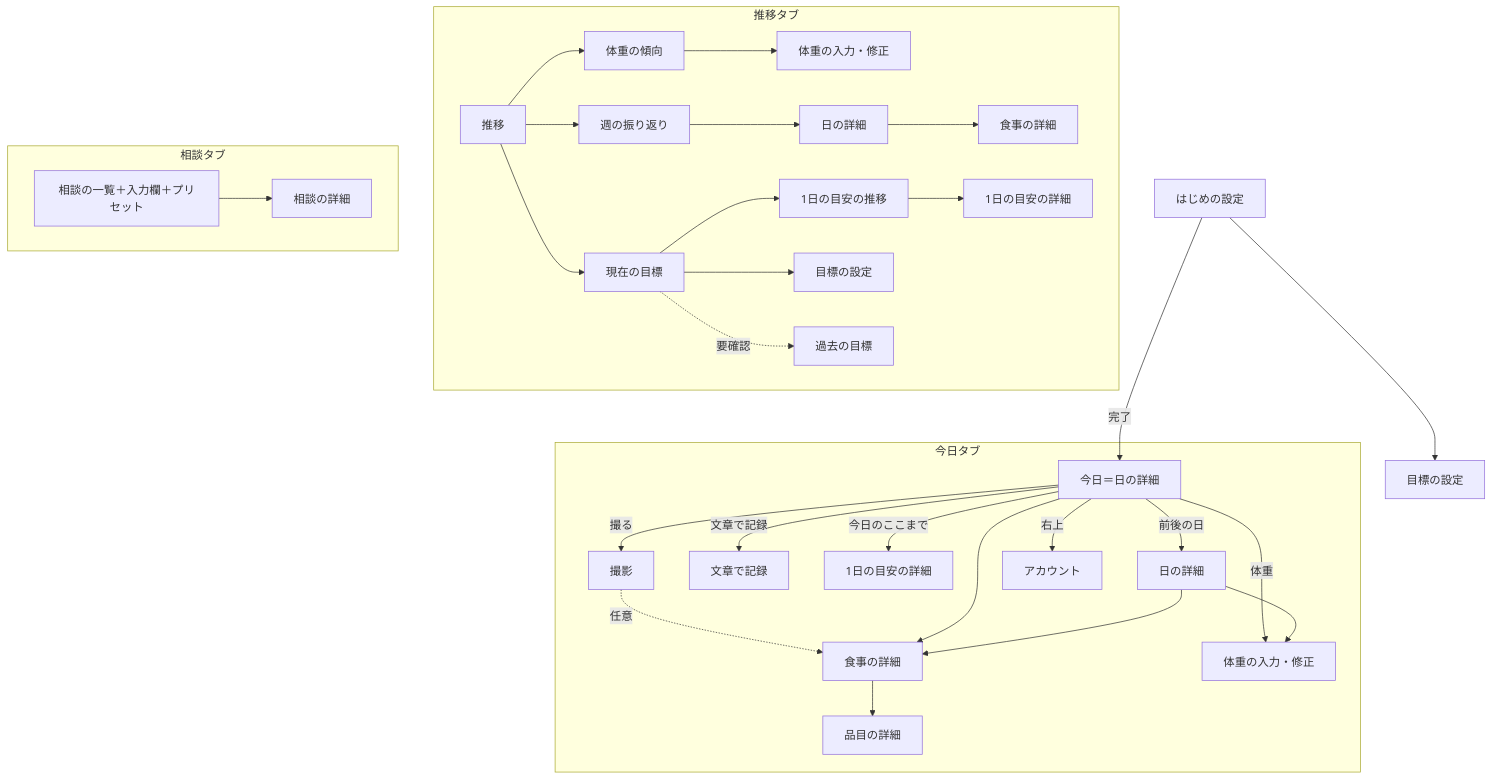
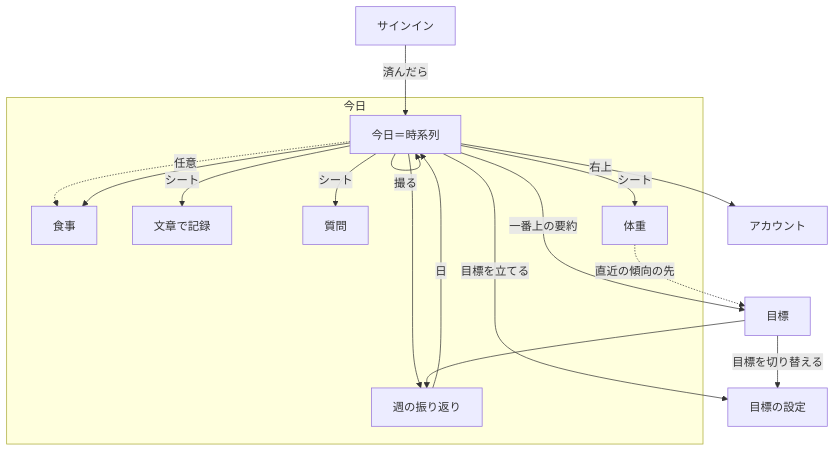
Before and after one commit to gn-t-k/nu-tori: the second of 2 diagrams in docs/ui-design/0001-first-release/05-navigation.md, drawn with Mermaid. The commit also changed other lines of this file and 20 other files, not shown here.

````diff
--- a/docs/ui-design/0001-first-release/05-navigation.md
+++ b/docs/ui-design/0001-first-release/05-navigation.md
@@ -77,36 +72,21 @@
 ```mermaid
 flowchart TD
-  subgraph T1[今日タブ]
-    Today[今日＝日の詳細]
-    Today -->|撮る| Camera[撮影]
-    Camera -.->|任意| Meal
-    Today -->|文章で記録| TextMeal[文章で記録]
-    Today -->|体重| WeightSheet[体重の入力・修正]
-    Today -->|今日のここまで| Target[1日の目安の詳細]
-    Today --> Meal[食事の詳細]
-    Meal --> Item[品目の詳細]
-    Today -->|前後の日| Day[日の詳細]
-    Day --> Meal
-    Day --> WeightSheet
-    Today -->|右上| Account[アカウント]
+  Signin[サインイン] -->|済んだら| Today
+  subgraph Root[今日]
+    Today[今日＝時系列]
+    Today -->|撮る| Today
+    Today -.->|任意| Meal[食事]
+    Today --> Meal
+    Today -->|シート| TextMeal[文章で記録]
+    Today -->|シート| Weight[体重]
+    Today -->|シート| Question[質問]
+    Today --> Weekly[週の振り返り]
+    Weekly -->|日| Today
   end
-  subgraph T2[推移タブ]
-    Trend[推移]
-    Trend --> WeightTrend[体重の傾向]
-    WeightTrend --> WeightSheet2[体重の入力・修正]
-    Trend --> Weekly[週の振り返り]
-    Weekly --> Day2[日の詳細]
-    Day2 --> Meal2[食事の詳細]
-    Trend --> Goal[現在の目標]
-    Goal --> TargetList[1日の目安の推移]
-    TargetList --> Target2[1日の目安の詳細]
-    Goal --> GoalEdit[目標の設定]
-    Goal -.->|要確認| PastGoals[過去の目標]
-  end
-  subgraph T3[相談タブ]
-    Consults[相談の一覧＋入力欄＋プリセット]
-    Consults --> Consult[相談の詳細]
-  end
-  Onboarding[はじめの設定] -->|完了| Today
-  Onboarding --> GoalEdit0[目標の設定]
+  Today -->|一番上の要約| Goal[目標]
+  Goal --> Weekly
+  Today -->|目標を立てる| GoalSetup[目標の設定]
+  Goal -->|目標を切り替える| GoalSetup
+  Weight -.->|直近の傾向の先| Goal
+  Today -->|右上| Account[アカウント]
 ```
````
